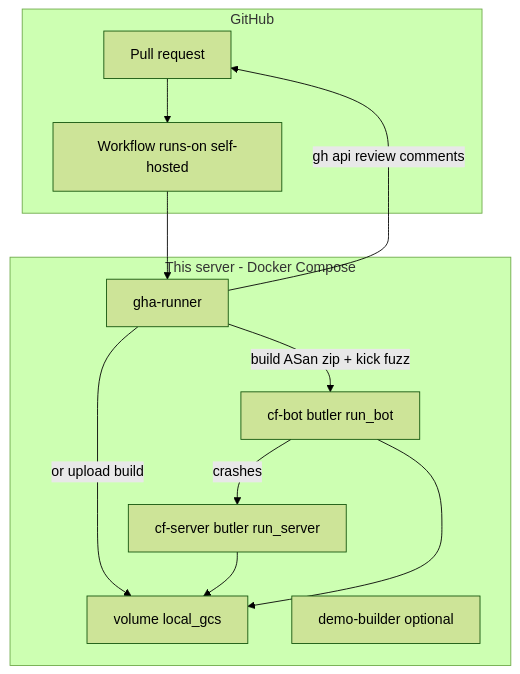
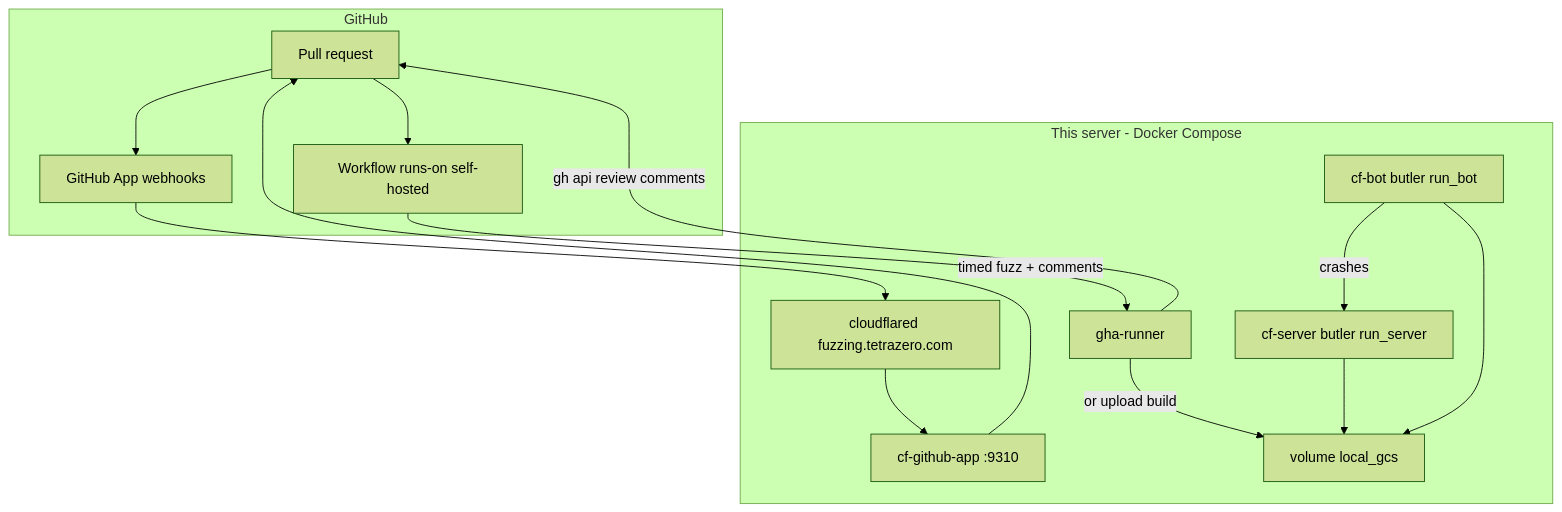
One commit to WiredMind2/clusterfuzz changed the first of 2 diagrams in deploy/docs/architecture.md. Above: the diagram before and after it, drawn with Mermaid (forest theme). The commit also changed other lines of this file and 24 other files, not shown here.

First line of the commit message:
WIP: Sourcery-style GitHub App for account-wide PR fuzzing.

````diff
--- a/deploy/docs/architecture.md
+++ b/deploy/docs/architecture.md
@@ -7,22 +7,27 @@
 ```mermaid
 flowchart TB
   subgraph github [GitHub]
     PR[Pull request]
+    App[GitHub App webhooks]
     WF[Workflow runs-on self-hosted]
   end
   subgraph host [This server - Docker Compose]
+    Tunnel[cloudflared fuzzing.tetrazero.com]
+    GHApp[cf-github-app :9310]
     Runner[gha-runner]
     Server[cf-server butler run_server]
     Bot[cf-bot butler run_bot]
     GCS[volume local_gcs]
-    Demo[demo-builder optional]
   end
+  PR --> App
+  App --> Tunnel
+  Tunnel --> GHApp
+  GHApp -->|timed fuzz + comments| PR
   PR --> WF
   WF --> Runner
-  Runner -->|build ASan zip + kick fuzz| Bot
   Runner -->|or upload build| GCS
   Server --> GCS
   Bot --> GCS
   Bot -->|crashes| Server
   Runner -->|gh api review comments| PR
 ```
````
